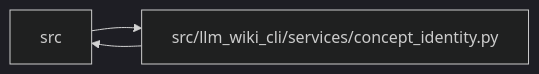
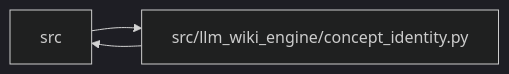
One commit to Denissvgn/python-wiki-llm changed the diagram in docs/llm_wiki/modules/concept_identity.md. Above: the diagram before and after it, drawn with Mermaid (dark theme). The commit also changed other lines of this file and 1103 other files, not shown here.

First line of the commit message:
docs: refresh the wiki for the llm-wiki-engine distribution

````diff
--- a/docs/llm_wiki/modules/concept_identity.md
+++ b/docs/llm_wiki/modules/concept_identity.md
@@ -41,8 +41,8 @@
 ```mermaid
 flowchart LR
     n0["src"]
-    n1["src/llm_wiki_cli/services/concept_identity.py"]
+    n1["src/llm_wiki_engine/concept_identity.py"]
     n0 --> n1
     n1 --> n0
     click n1 "../modules/concept_identity.md"
 ```
````
